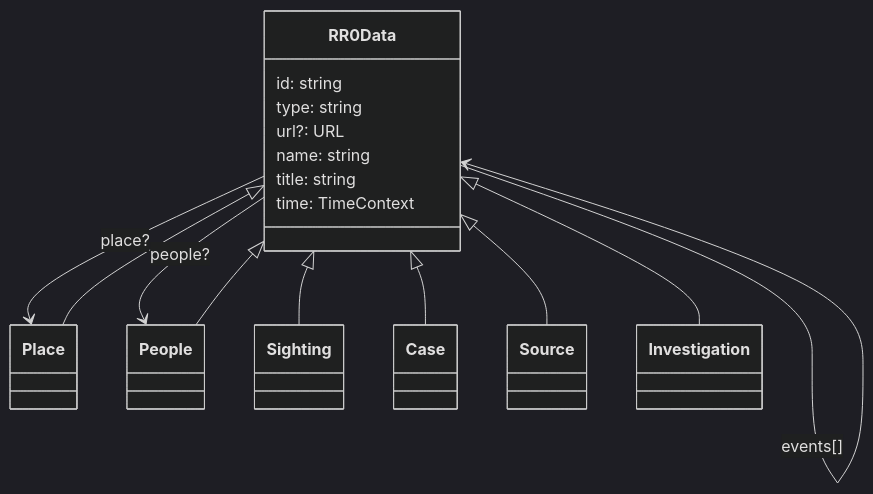
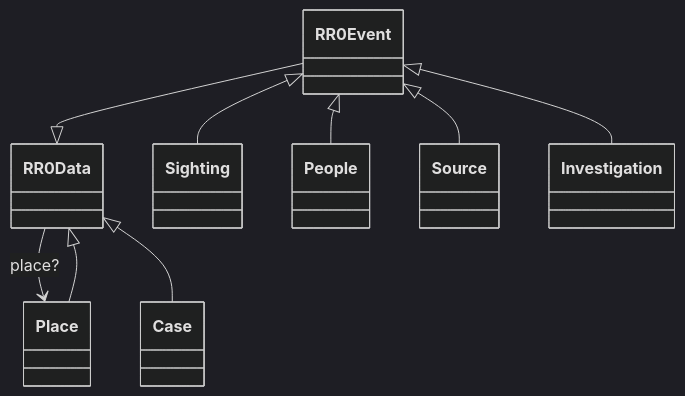
Before and after one commit to RR0/rr0.org: the third of 5 diagrams in time/datasource/README.md, drawn with Mermaid (dark theme). The commit also changed other lines of this file and 81 other files, not shown here.

````diff
--- a/time/datasource/README.md
+++ b/time/datasource/README.md
@@ -90,32 +93,27 @@
 ```mermaid
 classDiagram
     class RR0Data {
-        id: string
-        type: string
-        url?: URL
-        name: string
-        title: string
-        time: TimeContext
     } 
+    class RR0Event {
+    } 
+    RR0Event --|> RR0Data
     RR0Data --> Place: place?
-    RR0Data --> People: people?
-    RR0Data --> RR0Data: events[]
     class Sighting {
     }
-    RR0Data <|-- Sighting
+    RR0Event <|-- Sighting
     class People {
     }
-    RR0Data <|-- People
+    RR0Event <|-- People
     class Place {
     }
     RR0Data <|-- Place
     class Case {
     }
     RR0Data <|-- Case
     class Source {
     }
-    RR0Data <|-- Source
+    RR0Event <|-- Source
     class Investigation {
     }
-    RR0Data <|-- Investigation
+    RR0Event <|-- Investigation
 ```
````
